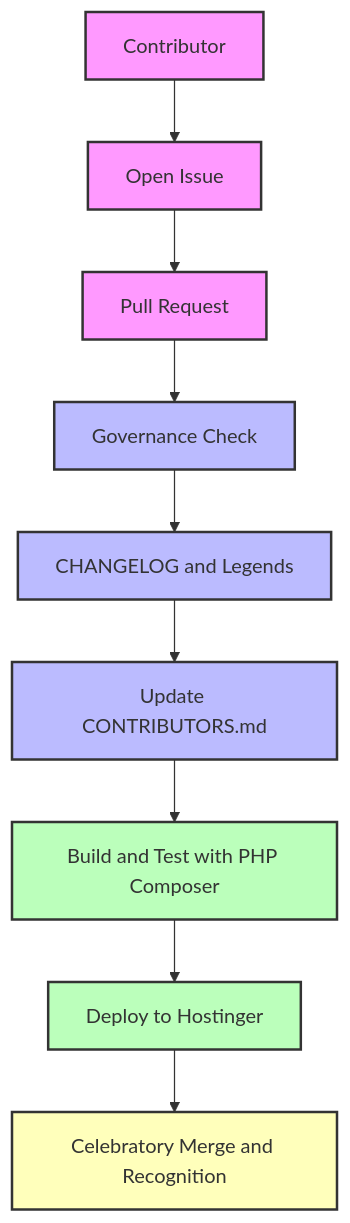
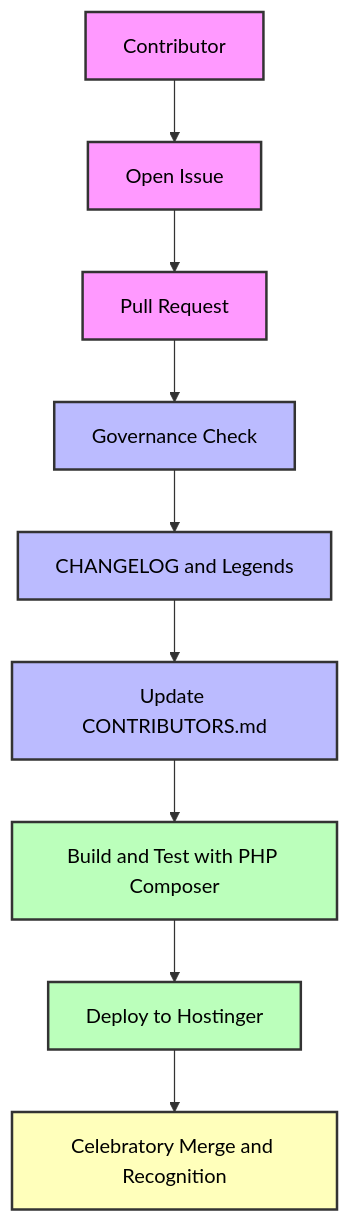
The first of 3 diagrams in README.md (MAG-COC/MAG-COC), drawn with Mermaid before and after one commit. The commit also changed other lines of this file, not shown here.

````diff
--- a/README.md
+++ b/README.md
@@ -57,23 +57,23 @@
 ```mermaid
 flowchart TD
     A[Contributor] --> B[Open Issue]
     B --> C[Pull Request]
     C --> D[Governance Check]
     D --> E[CHANGELOG and Legends]
     E --> F[Update CONTRIBUTORS.md]
     F --> G[Build and Test with PHP Composer]
     G --> H[Deploy to Hostinger]
     H --> I[Celebratory Merge and Recognition]
 
     %% Assign classes
     class A,B,C contributor
     class D,E,F governance
     class G,H technical
     class I celebratory
 
-    %% Define styles
-    classDef contributor fill:#f9f,stroke:#333,stroke-width:2px;
-    classDef governance fill:#bbf,stroke:#333,stroke-width:2px;
-    classDef technical fill:#bfb,stroke:#333,stroke-width:2px;
-    classDef celebratory fill:#ffb,stroke:#333,stroke-width:2px;
+    %% Define styles with black text
+    classDef contributor fill:#f9f,color:#000,stroke:#333,stroke-width:2px;
+    classDef governance fill:#bbf,color:#000,stroke:#333,stroke-width:2px;
+    classDef technical fill:#bfb,color:#000,stroke:#333,stroke-width:2px;
+    classDef celebratory fill:#ffb,color:#000,stroke:#333,stroke-width:2px;
 ```
````
